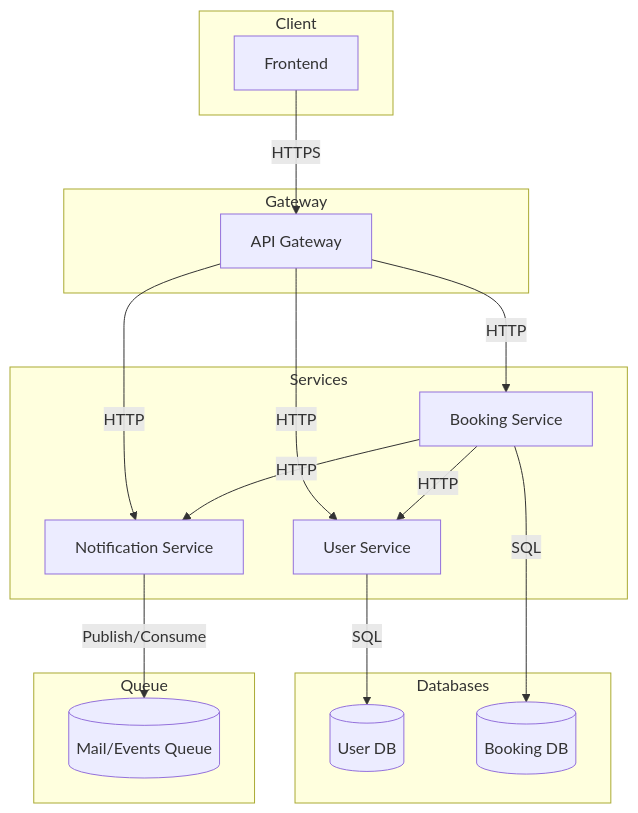
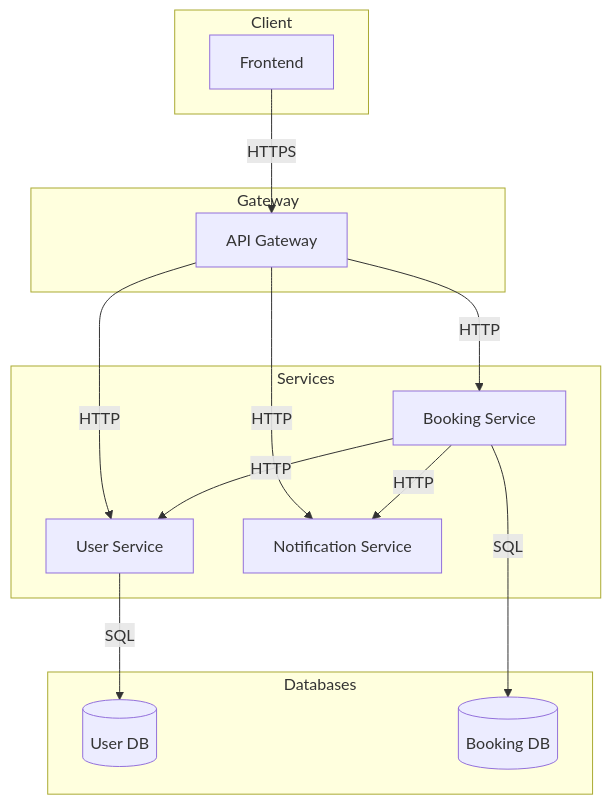
The first of 10 diagrams in docs/tr.md (dalai-llama2004/blatnye-bratuyni), drawn with Mermaid before and after one commit. The commit also changed other lines of this file, not shown here.

````diff
--- a/docs/tr.md
+++ b/docs/tr.md
@@ -176,40 +184,34 @@
 ```mermaid
 graph TD
 
 subgraph Client
     WebApp[Frontend]
 end
 
 subgraph Gateway
     APIGateway[API Gateway]
 end
 
 subgraph Services
     UserService[User Service]
     BookingService[Booking Service]
     NotificationService[Notification Service]
 end
 
 subgraph Databases
     UserDB[(User DB)]
     BookingDB[(Booking DB)]
 end
 
-subgraph Queue
-    MailQ[(Mail/Events Queue)]
-end
-
 WebApp-->|HTTPS|APIGateway
 
 APIGateway-->|HTTP|UserService
 APIGateway-->|HTTP|BookingService
 APIGateway-->|HTTP|NotificationService
 
 UserService-->|SQL|UserDB
 BookingService-->|SQL|BookingDB
 
 BookingService-->|HTTP|UserService
 BookingService-->|HTTP|NotificationService
-
-NotificationService-->|Publish/Consume|MailQ
 ```
````
